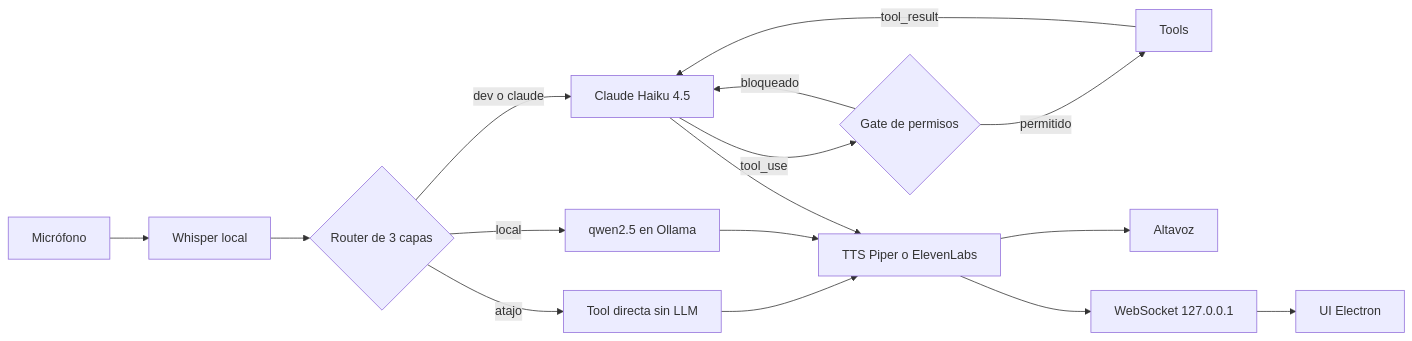
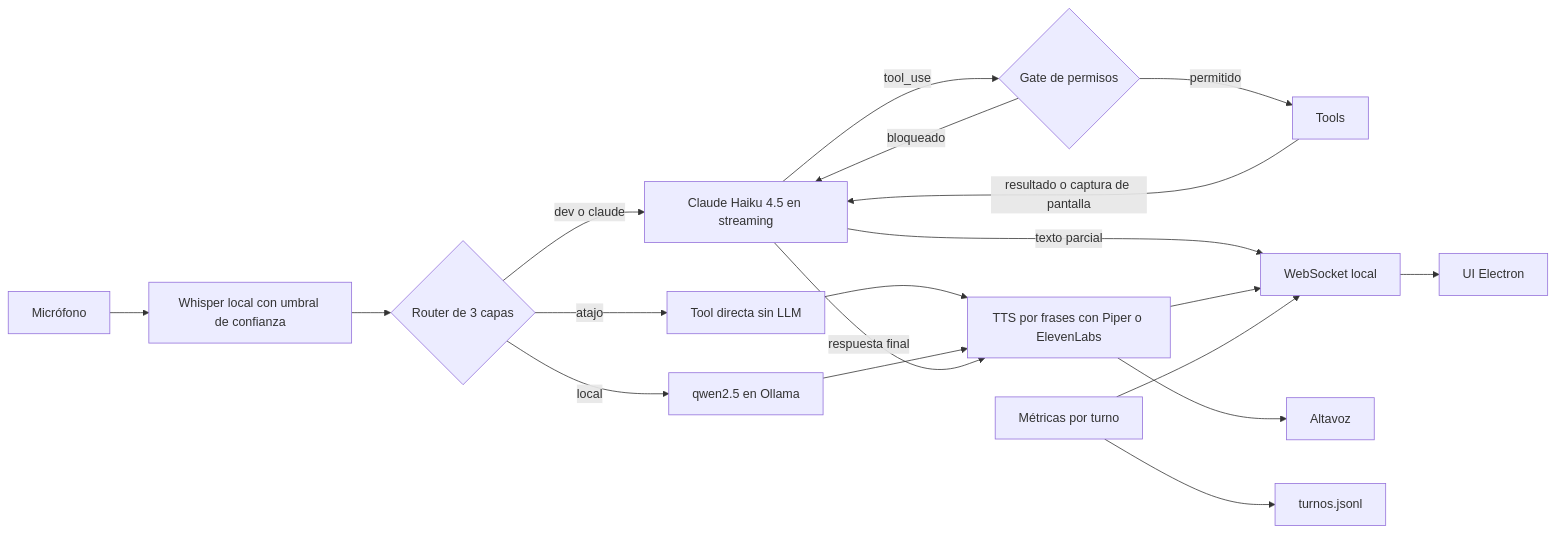
One commit to Joaquinriosheredia/jarvis-voice-platform changed the first of 2 diagrams in README.md. Above: the diagram before and after it, drawn with Mermaid. The commit also changed other lines of this file, not shown here.

First line of the commit message:
docs: README actualizado (calendar, visión, streaming, métricas, Whisper)

````diff
--- a/README.md
+++ b/README.md
@@ -24,18 +26,21 @@
 ```mermaid
 flowchart LR
-    MIC[Micrófono] --> WH[Whisper local]
+    MIC[Micrófono] --> WH[Whisper local con umbral de confianza]
     WH --> RT{Router de 3 capas}
     RT -->|atajo| AT[Tool directa sin LLM]
     RT -->|local| OL[qwen2.5 en Ollama]
-    RT -->|dev o claude| CL[Claude Haiku 4.5]
+    RT -->|dev o claude| CL[Claude Haiku 4.5 en streaming]
     CL -->|tool_use| GT{Gate de permisos}
     GT -->|permitido| TL[Tools]
     GT -->|bloqueado| CL
-    TL -->|tool_result| CL
+    TL -->|resultado o captura de pantalla| CL
+    CL -->|texto parcial| WS[WebSocket local]
     AT --> TTS
     OL --> TTS
-    CL --> TTS[TTS Piper o ElevenLabs]
+    CL -->|respuesta final| TTS[TTS por frases con Piper o ElevenLabs]
     TTS --> SPK[Altavoz]
-    TTS --> WS[WebSocket 127.0.0.1]
+    TTS --> WS
     WS --> UI[UI Electron]
+    MET[Métricas por turno] --> LOG[turnos.jsonl]
+    MET --> WS
 ```
````
